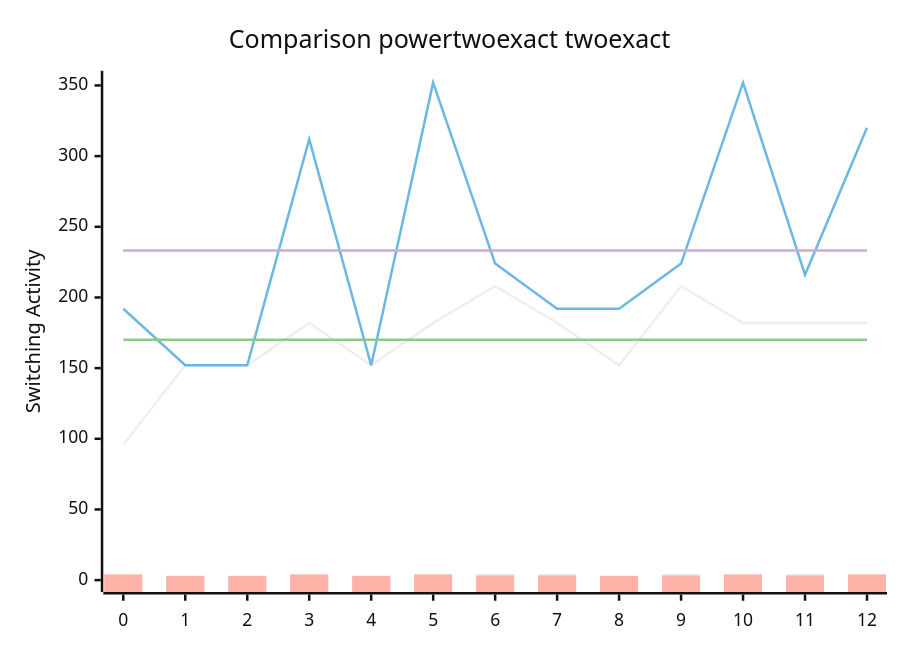
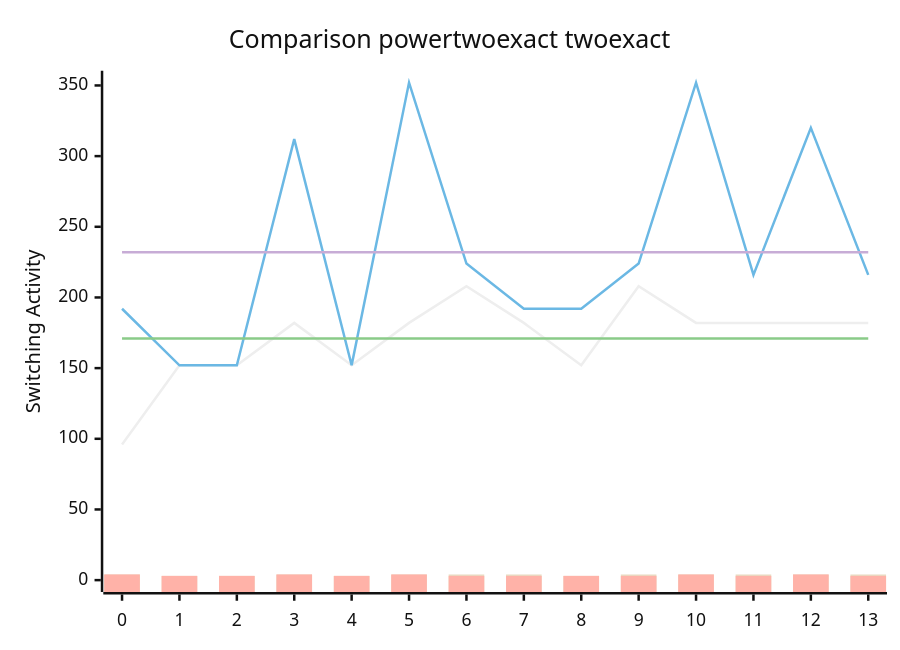
Before and after one commit to FeldmeierMichael/Exact-Power-Synthesis: the diagram in benchmark.md, drawn with Mermaid (neutral theme). The commit also changed other lines of this file and 2 other files, not shown here.

````diff
--- a/benchmark.md
+++ b/benchmark.md
@@ -27,12 +29,12 @@
 ```mermaid
 xychart-beta
     title "Comparison powertwoexact twoexact"
-    x-axis [0, 1, 2, 3, 4, 5, 6, 7, 8, 9, 10, 11, 12]
+    x-axis [0, 1, 2, 3, 4, 5, 6, 7, 8, 9, 10, 11, 12, 13]
     y-axis "Switching Activity" 0-->352
-    line [96, 152, 152, 182, 152, 182, 208, 182, 152, 208, 182, 182, 182]
-    line [192, 152, 152, 312, 152, 352, 224, 192, 192, 224, 352, 216, 320]
-    line [170.15384615384616, 170.15384615384616, 170.15384615384616, 170.15384615384616, 170.15384615384616, 170.15384615384616, 170.15384615384616, 170.15384615384616, 170.15384615384616, 170.15384615384616, 170.15384615384616, 170.15384615384616, 170.15384615384616]
-    line [233.23076923076923, 233.23076923076923, 233.23076923076923, 233.23076923076923, 233.23076923076923, 233.23076923076923, 233.23076923076923, 233.23076923076923, 233.23076923076923, 233.23076923076923, 233.23076923076923, 233.23076923076923, 233.23076923076923]
-    bar [4, 3, 3, 4, 3, 4, 4, 4, 3, 4, 4, 4, 4, 4, 3, 3, 4, 3, 4, 4, 4, 3, 4, 4, 4, 4, 4, 3, 3, 4, 3, 4, 4, 4, 3, 4, 4, 4, 4, 4, 3, 3, 4, 3, 4, 4, 4, 3, 4, 4, 4, 4, 4, 3, 3, 4, 3, 4, 4, 4, 3, 4, 4, 4, 4, 4, 3, 3, 4, 3, 4, 4, 4, 3, 4, 4, 4, 4, 4, 3, 3, 4, 3, 4, 4, 4, 3, 4, 4, 4, 4, 4, 3, 3, 4, 3, 4, 4, 4, 3, 4, 4, 4, 4, 4, 3, 3, 4, 3, 4, 4, 4, 3, 4, 4, 4, 4, 4, 3, 3, 4, 3, 4, 4, 4, 3, 4, 4, 4, 4, 4, 3, 3, 4, 3, 4, 4, 4, 3, 4, 4, 4, 4, 4, 3, 3, 4, 3, 4, 4, 4, 3, 4, 4, 4, 4, 4, 3, 3, 4, 3, 4, 4, 4, 3, 4, 4, 4, 4, 4, 3, 3, 4, 3, 4, 4, 4, 3, 4, 4, 4, 4, 4, 3, 3, 4, 3, 4, 4, 4, 3, 4, 4, 4, 4, 4, 3, 3, 4, 3, 4, 4, 4, 3, 4, 4, 4, 4, 4, 3, 3, 4, 3, 4, 4, 4, 3, 4, 4, 4, 4, 4, 3, 3, 4, 3, 4, 4, 4, 3, 4, 4, 4, 4, 4, 3, 3, 4, 3, 4, 4, 4, 3, 4, 4, 4, 4, 4, 3, 3, 4, 3, 4, 4, 4, 3, 4, 4, 4, 4]
-    bar [4, 3, 3, 4, 3, 4, 3, 3, 3, 3, 4, 3, 4, 4, 3, 3, 4, 3, 4, 3, 3, 3, 3, 4, 3, 4, 4, 3, 3, 4, 3, 4, 3, 3, 3, 3, 4, 3, 4, 4, 3, 3, 4, 3, 4, 3, 3, 3, 3, 4, 3, 4, 4, 3, 3, 4, 3, 4, 3, 3, 3, 3, 4, 3, 4, 4, 3, 3, 4, 3, 4, 3, 3, 3, 3, 4, 3, 4, 4, 3, 3, 4, 3, 4, 3, 3, 3, 3, 4, 3, 4, 4, 3, 3, 4, 3, 4, 3, 3, 3, 3, 4, 3, 4, 4, 3, 3, 4, 3, 4, 3, 3, 3, 3, 4, 3, 4, 4, 3, 3, 4, 3, 4, 3, 3, 3, 3, 4, 3, 4, 4, 3, 3, 4, 3, 4, 3, 3, 3, 3, 4, 3, 4, 4, 3, 3, 4, 3, 4, 3, 3, 3, 3, 4, 3, 4, 4, 3, 3, 4, 3, 4, 3, 3, 3, 3, 4, 3, 4, 4, 3, 3, 4, 3, 4, 3, 3, 3, 3, 4, 3, 4, 4, 3, 3, 4, 3, 4, 3, 3, 3, 3, 4, 3, 4, 4, 3, 3, 4, 3, 4, 3, 3, 3, 3, 4, 3, 4, 4, 3, 3, 4, 3, 4, 3, 3, 3, 3, 4, 3, 4, 4, 3, 3, 4, 3, 4, 3, 3, 3, 3, 4, 3, 4, 4, 3, 3, 4, 3, 4, 3, 3, 3, 3, 4, 3, 4, 4, 3, 3, 4, 3, 4, 3, 3, 3, 3, 4, 3, 4]
+    line [96, 152, 152, 182, 152, 182, 208, 182, 152, 208, 182, 182, 182, 182]
+    line [192, 152, 152, 312, 152, 352, 224, 192, 192, 224, 352, 216, 320, 216]
+    line [171.0, 171.0, 171.0, 171.0, 171.0, 171.0, 171.0, 171.0, 171.0, 171.0, 171.0, 171.0, 171.0, 171.0]
+    line [232.0, 232.0, 232.0, 232.0, 232.0, 232.0, 232.0, 232.0, 232.0, 232.0, 232.0, 232.0, 232.0, 232.0]
+    bar [4, 3, 3, 4, 3, 4, 4, 4, 3, 4, 4, 4, 4, 4, 4, 3, 3, 4, 3, 4, 4, 4, 3, 4, 4, 4, 4, 4, 4, 3, 3, 4, 3, 4, 4, 4, 3, 4, 4, 4, 4, 4, 4, 3, 3, 4, 3, 4, 4, 4, 3, 4, 4, 4, 4, 4, 4, 3, 3, 4, 3, 4, 4, 4, 3, 4, 4, 4, 4, 4, 4, 3, 3, 4, 3, 4, 4, 4, 3, 4, 4, 4, 4, 4, 4, 3, 3, 4, 3, 4, 4, 4, 3, 4, 4, 4, 4, 4, 4, 3, 3, 4, 3, 4, 4, 4, 3, 4, 4, 4, 4, 4, 4, 3, 3, 4, 3, 4, 4, 4, 3, 4, 4, 4, 4, 4, 4, 3, 3, 4, 3, 4, 4, 4, 3, 4, 4, 4, 4, 4, 4, 3, 3, 4, 3, 4, 4, 4, 3, 4, 4, 4, 4, 4, 4, 3, 3, 4, 3, 4, 4, 4, 3, 4, 4, 4, 4, 4, 4, 3, 3, 4, 3, 4, 4, 4, 3, 4, 4, 4, 4, 4, 4, 3, 3, 4, 3, 4, 4, 4, 3, 4, 4, 4, 4, 4, 4, 3, 3, 4, 3, 4, 4, 4, 3, 4, 4, 4, 4, 4, 4, 3, 3, 4, 3, 4, 4, 4, 3, 4, 4, 4, 4, 4, 4, 3, 3, 4, 3, 4, 4, 4, 3, 4, 4, 4, 4, 4, 4, 3, 3, 4, 3, 4, 4, 4, 3, 4, 4, 4, 4, 4, 4, 3, 3, 4, 3, 4, 4, 4, 3, 4, 4, 4, 4, 4, 4, 3, 3, 4, 3, 4, 4, 4, 3, 4, 4, 4, 4, 4]
+    bar [4, 3, 3, 4, 3, 4, 3, 3, 3, 3, 4, 3, 4, 3, 4, 3, 3, 4, 3, 4, 3, 3, 3, 3, 4, 3, 4, 3, 4, 3, 3, 4, 3, 4, 3, 3, 3, 3, 4, 3, 4, 3, 4, 3, 3, 4, 3, 4, 3, 3, 3, 3, 4, 3, 4, 3, 4, 3, 3, 4, 3, 4, 3, 3, 3, 3, 4, 3, 4, 3, 4, 3, 3, 4, 3, 4, 3, 3, 3, 3, 4, 3, 4, 3, 4, 3, 3, 4, 3, 4, 3, 3, 3, 3, 4, 3, 4, 3, 4, 3, 3, 4, 3, 4, 3, 3, 3, 3, 4, 3, 4, 3, 4, 3, 3, 4, 3, 4, 3, 3, 3, 3, 4, 3, 4, 3, 4, 3, 3, 4, 3, 4, 3, 3, 3, 3, 4, 3, 4, 3, 4, 3, 3, 4, 3, 4, 3, 3, 3, 3, 4, 3, 4, 3, 4, 3, 3, 4, 3, 4, 3, 3, 3, 3, 4, 3, 4, 3, 4, 3, 3, 4, 3, 4, 3, 3, 3, 3, 4, 3, 4, 3, 4, 3, 3, 4, 3, 4, 3, 3, 3, 3, 4, 3, 4, 3, 4, 3, 3, 4, 3, 4, 3, 3, 3, 3, 4, 3, 4, 3, 4, 3, 3, 4, 3, 4, 3, 3, 3, 3, 4, 3, 4, 3, 4, 3, 3, 4, 3, 4, 3, 3, 3, 3, 4, 3, 4, 3, 4, 3, 3, 4, 3, 4, 3, 3, 3, 3, 4, 3, 4, 3, 4, 3, 3, 4, 3, 4, 3, 3, 3, 3, 4, 3, 4, 3, 4, 3, 3, 4, 3, 4, 3, 3, 3, 3, 4, 3, 4, 3]
 ```
````
